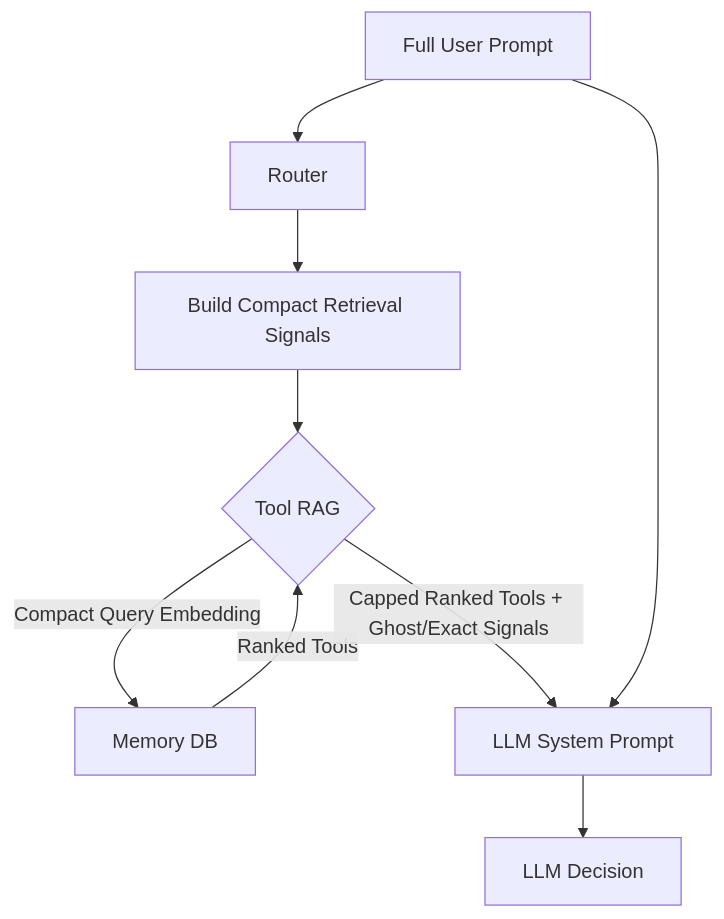
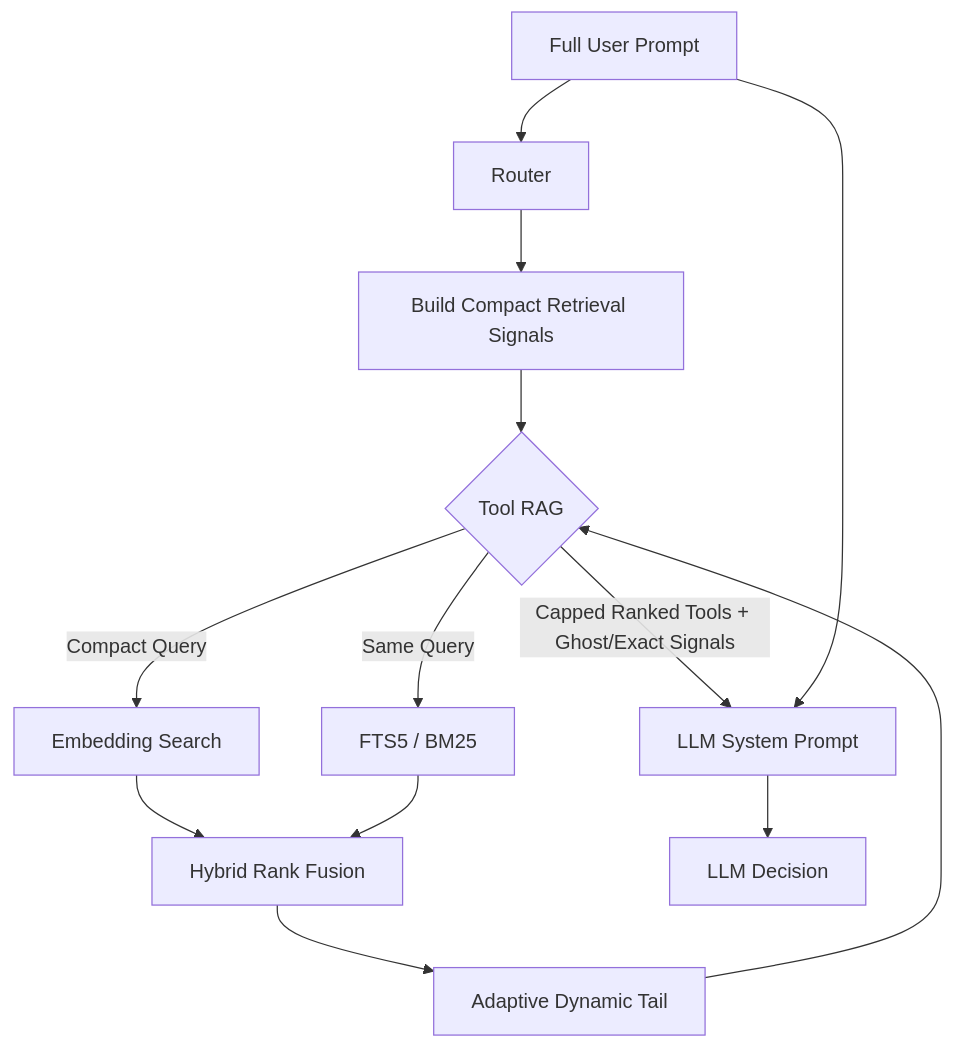
The diagram in docs/TOOL_RAG_STRATEGY.md (bigsk1/jarvis-voice), drawn with Mermaid before and after one commit. The commit also changed other lines of this file and 56 other files, not shown here.

Commit message:
feat: add hybrid retrieval for tools and memory

````diff
--- a/docs/TOOL_RAG_STRATEGY.md
+++ b/docs/TOOL_RAG_STRATEGY.md
@@ -24,11 +24,15 @@
 ```mermaid
 graph TD
     A[Full User Prompt] --> B[Router]
     B --> C[Build Compact Retrieval Signals]
     C --> D{Tool RAG}
-    D -- Compact Query Embedding --> E[Memory DB]
-    E -- Ranked Tools --> D
+    D -- Compact Query --> E[Embedding Search]
+    D -- Same Query --> H[FTS5 / BM25]
+    E --> I[Hybrid Rank Fusion]
+    H --> I
+    I --> J[Adaptive Dynamic Tail]
+    J --> D
     D -- Capped Ranked Tools + Ghost/Exact Signals --> F[LLM System Prompt]
     A --> F
     F --> G[LLM Decision]
 ```
````
